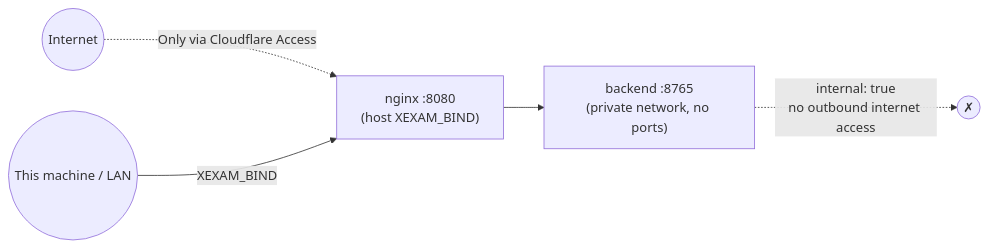
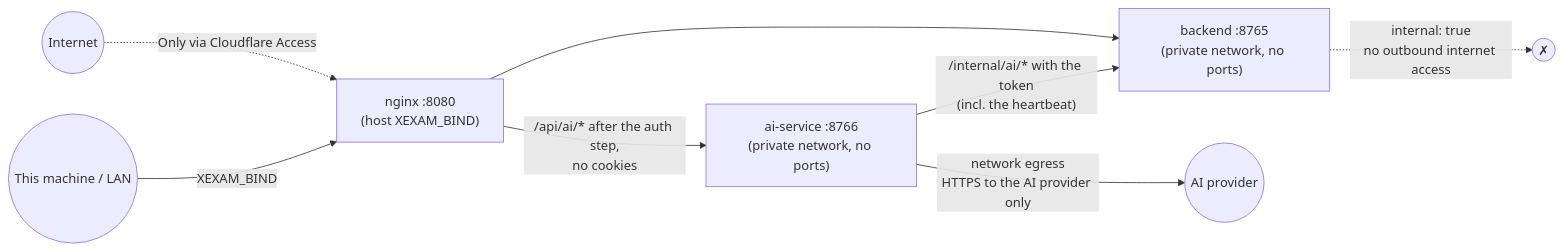
Before and after one commit to Yumin-Space/xexam: the diagram in docs/en/security.md, drawn with Mermaid. The commit also changed other lines of this file and 233 other files, not shown here.

````diff
--- a/docs/en/security.md
+++ b/docs/en/security.md
@@ -26,7 +29,10 @@
 ```mermaid
 flowchart LR
     I(("Internet")) -.->|"Only via Cloudflare Access"| N["nginx :8080<br/>(host XEXAM_BIND)"]
     L(("This machine / LAN")) -->|"XEXAM_BIND"| N
     N --> B["backend :8765<br/>(private network, no ports)"]
+    N -->|"/api/ai/* after the auth step,<br/>no cookies"| A["ai-service :8766<br/>(private network, no ports)"]
+    A -->|"/internal/ai/* with the token<br/>(incl. the heartbeat)"| B
     B -. "internal: true<br/>no outbound internet access" .-> X(("✗"))
+    A -->|"network egress<br/>HTTPS to the AI provider only"| P(("AI provider"))
 ```
````
